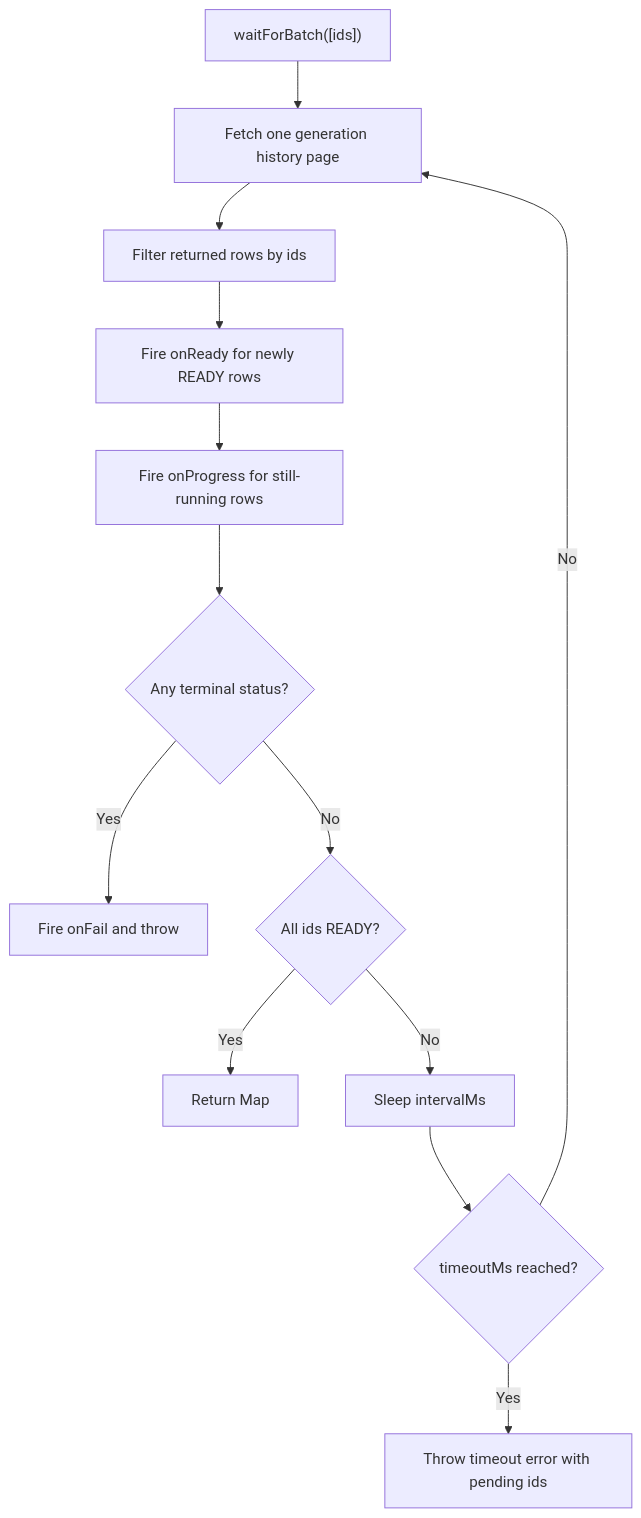
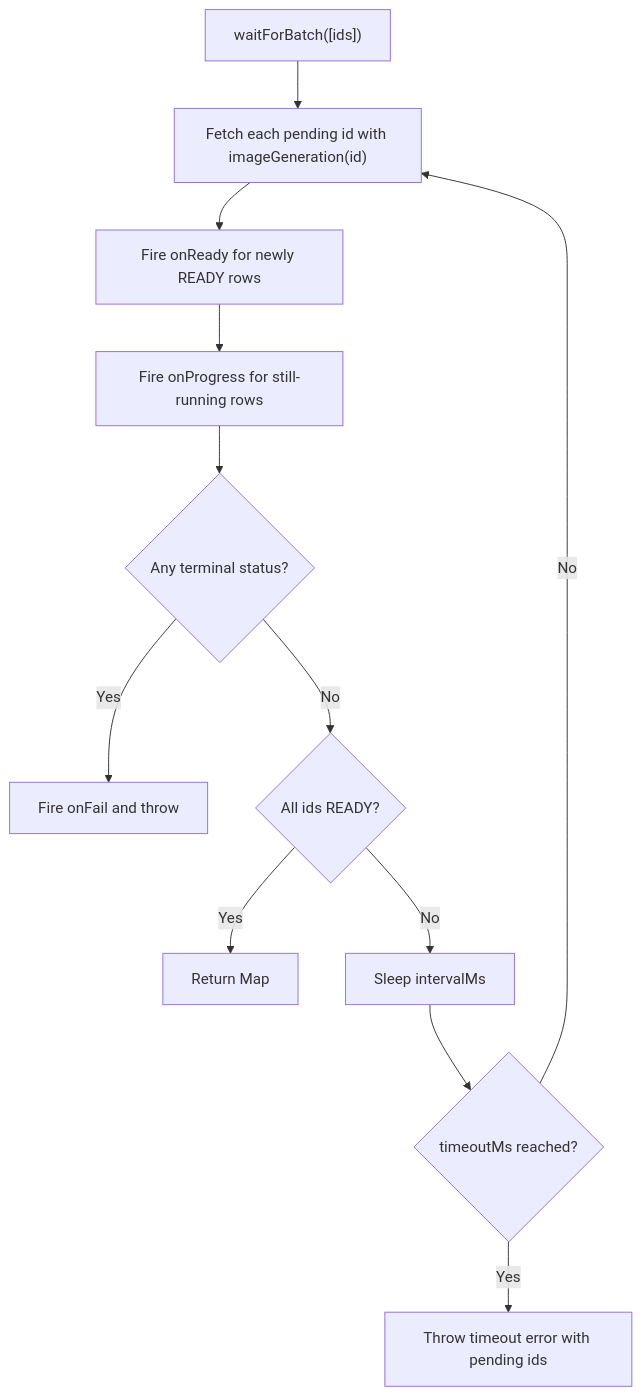
Before and after one commit to mxhiraz/onai-sdk: the fifth of 7 diagrams in docs/LEGACY_DOCUMENT.md, drawn with Mermaid. The commit also changed other lines of this file and 4 other files, not shown here.

````diff
--- a/docs/LEGACY_DOCUMENT.md
+++ b/docs/LEGACY_DOCUMENT.md
@@ -343,15 +343,14 @@
 ```mermaid
 flowchart TD
-  Start["waitForBatch([ids])"] --> Fetch["Fetch one generation history page"]
-  Fetch --> Filter["Filter returned rows by ids"]
-  Filter --> Ready["Fire onReady for newly READY rows"]
+  Start["waitForBatch([ids])"] --> Fetch["Fetch each pending id with imageGeneration(id)"]
+  Fetch --> Ready["Fire onReady for newly READY rows"]
   Ready --> Progress["Fire onProgress for still-running rows"]
   Progress --> Terminal{"Any terminal status?"}
   Terminal -->|"Yes"| Fail["Fire onFail and throw"]
   Terminal -->|"No"| Done{"All ids READY?"}
   Done -->|"Yes"| Return["Return Map<id, generation>"]
   Done -->|"No"| Sleep["Sleep intervalMs"]
   Sleep --> Timeout{"timeoutMs reached?"}
   Timeout -->|"No"| Fetch
   Timeout -->|"Yes"| TimedOut["Throw timeout error with pending ids"]
 ```
````
